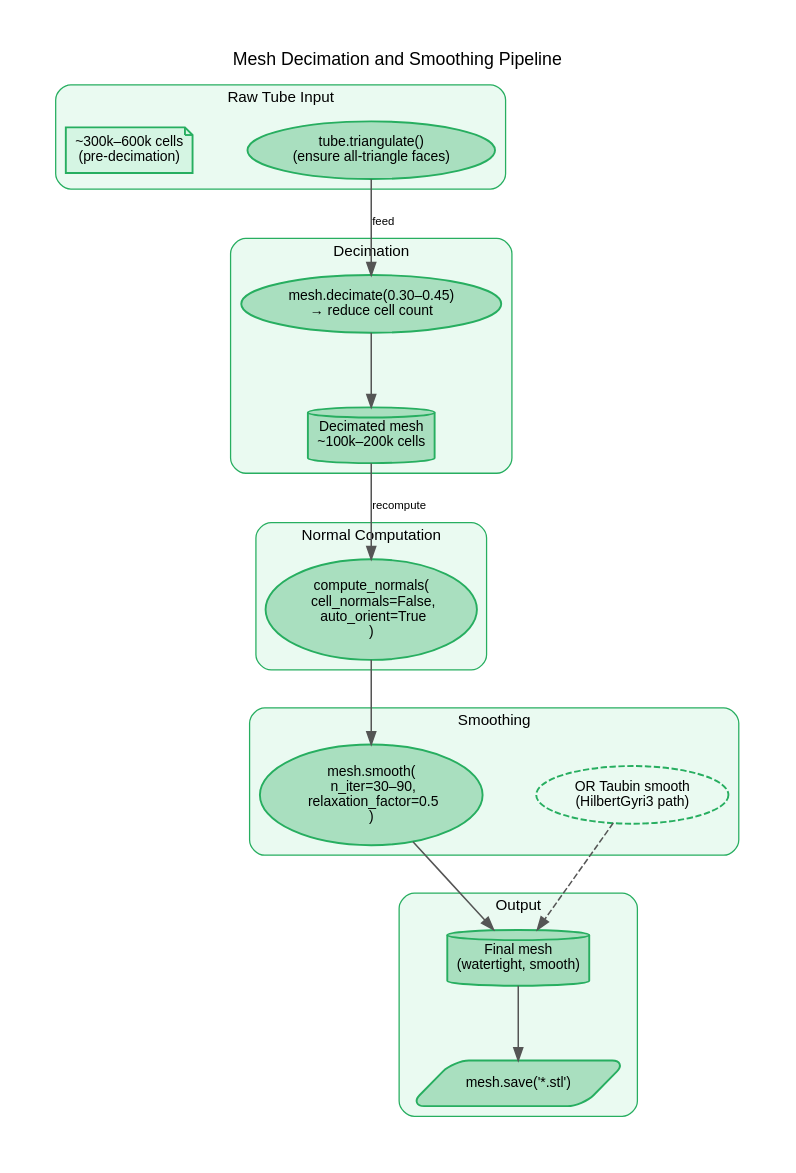
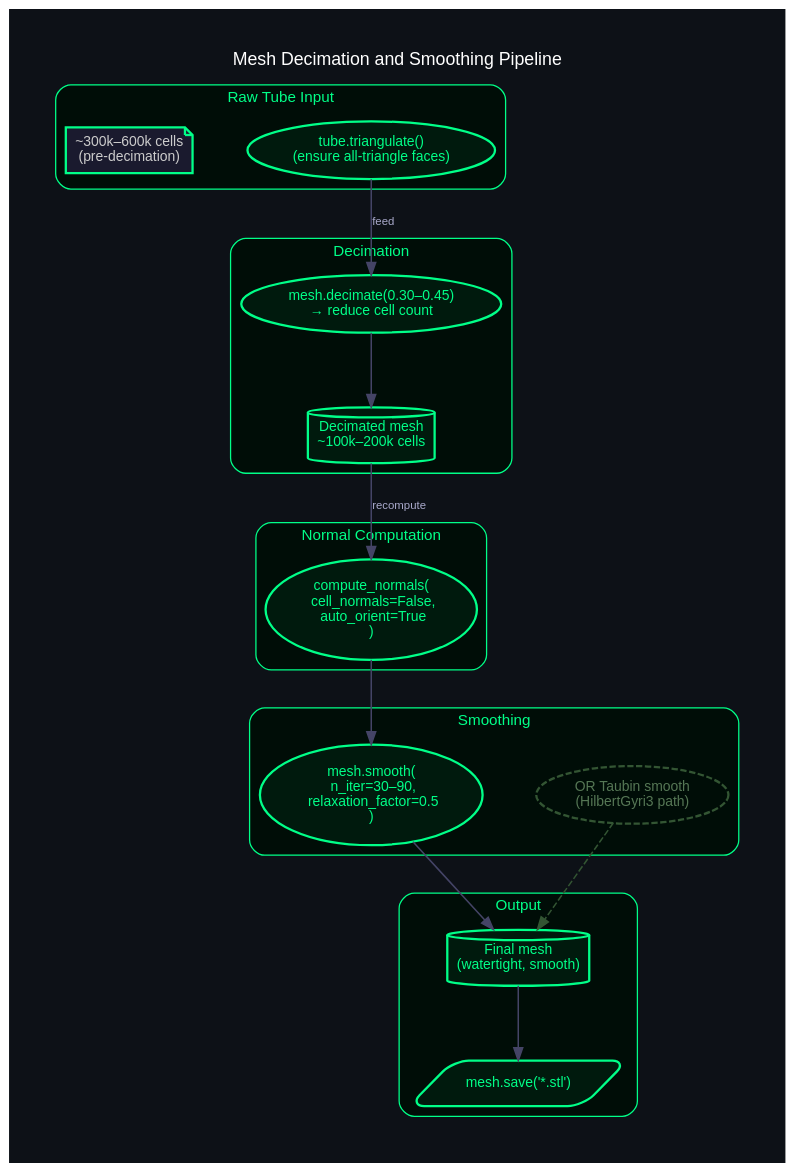
The diagram in docs/diagrams_25/08_decimation_process.dot (danindiana/hilbertbrane), drawn with Graphviz before and after one commit. The commit also changed 78 other files, not shown here.

```diff
--- a/docs/diagrams_25/08_decimation_process.dot
+++ b/docs/diagrams_25/08_decimation_process.dot
@@ -1,68 +1,69 @@
 digraph G {
     graph [
         fontname="Helvetica,Arial,sans-serif"
-        bgcolor="#ffffff"
+        bgcolor="#0d1117"
+        fontcolor="white"
         splines=spline
         nodesep=0.6
         ranksep=0.8
         pad=0.4
         labelloc="t"
         labeljust="c"
         fontsize=14
     ]
-    node [fontname="Helvetica,Arial,sans-serif" fontsize=11 style="filled,rounded" penwidth=1.5]
-    edge [fontname="Helvetica,Arial,sans-serif" fontsize=9 color="#555555" penwidth=1.2]
+    node [fontname="Helvetica,Arial,sans-serif" fontsize=11 style="filled,rounded" penwidth=1.8 fontcolor="white"]
+    edge [fontname="Helvetica,Arial,sans-serif" fontsize=9 color="#444466" penwidth=1.2 fontcolor="#aaaacc"]
     graph [label="Mesh Decimation and Smoothing Pipeline" rankdir="TB"]
 
     subgraph cluster_raw {
         label="Raw Tube Input"
-        style="filled,rounded" fillcolor="#EAFAF1" color="#27AE60" fontsize=12
-        fontname="Helvetica,Arial,sans-serif"
+        style="filled,rounded" fillcolor="#000d07" color="#00ff88" fontsize=12
+        fontname="Helvetica,Arial,sans-serif" fontcolor="#00ff88"
 
-        r1 [label="tube.triangulate()\n(ensure all-triangle faces)" fillcolor="#A9DFBF" color="#27AE60"]
-        r2 [label="~300k–600k cells\n(pre-decimation)" shape=note fillcolor="#D5F5E3" color="#27AE60"]
+        r1 [label="tube.triangulate()\n(ensure all-triangle faces)" fillcolor="#001a0d" color="#00ff88" fontcolor="#00ff88"]
+        r2 [label="~300k–600k cells\n(pre-decimation)" shape=note fillcolor="#1a1a2e" color="#00ff88" fontcolor="#cccccc"]
     }
 
     subgraph cluster_dec {
         label="Decimation"
-        style="filled,rounded" fillcolor="#EAFAF1" color="#27AE60" fontsize=12
-        fontname="Helvetica,Arial,sans-serif"
+        style="filled,rounded" fillcolor="#000d07" color="#00ff88" fontsize=12
+        fontname="Helvetica,Arial,sans-serif" fontcolor="#00ff88"
 
-        d1 [label="mesh.decimate(0.30–0.45)\n→ reduce cell count" fillcolor="#A9DFBF" color="#27AE60"]
-        d2 [label="Decimated mesh\n~100k–200k cells" shape=cylinder fillcolor="#A9DFBF" color="#27AE60"]
+        d1 [label="mesh.decimate(0.30–0.45)\n→ reduce cell count" fillcolor="#001a0d" color="#00ff88" fontcolor="#00ff88"]
+        d2 [label="Decimated mesh\n~100k–200k cells" shape=cylinder fillcolor="#001a0d" color="#00ff88" fontcolor="#00ff88"]
         d1 -> d2
     }
 
     subgraph cluster_nrm {
         label="Normal Computation"
-        style="filled,rounded" fillcolor="#EAFAF1" color="#27AE60" fontsize=12
-        fontname="Helvetica,Arial,sans-serif"
+        style="filled,rounded" fillcolor="#000d07" color="#00ff88" fontsize=12
+        fontname="Helvetica,Arial,sans-serif" fontcolor="#00ff88"
 
-        n1 [label="compute_normals(\n  cell_normals=False,\n  auto_orient=True\n)" fillcolor="#A9DFBF" color="#27AE60"]
+        n1 [label="compute_normals(\n  cell_normals=False,\n  auto_orient=True\n)" fillcolor="#001a0d" color="#00ff88" fontcolor="#00ff88"]
     }
 
     subgraph cluster_smooth {
         label="Smoothing"
-        style="filled,rounded" fillcolor="#EAFAF1" color="#27AE60" fontsize=12
-        fontname="Helvetica,Arial,sans-serif"
+        style="filled,rounded" fillcolor="#000d07" color="#00ff88" fontsize=12
+        fontname="Helvetica,Arial,sans-serif" fontcolor="#00ff88"
 
-        s1 [label="mesh.smooth(\n  n_iter=30–90,\n  relaxation_factor=0.5\n)" fillcolor="#A9DFBF" color="#27AE60"]
-        s2 [label="OR Taubin smooth\n(HilbertGyri3 path)" style=dashed fillcolor="#D5F5E3" color="#27AE60"]
+        s1 [label="mesh.smooth(\n  n_iter=30–90,\n  relaxation_factor=0.5\n)" fillcolor="#001a0d" color="#00ff88" fontcolor="#00ff88"]
+        s2 [label="OR Taubin smooth\n(HilbertGyri3 path)" style=dashed fillcolor="#0d1a10" color="#335533" fontcolor="#557755"]
     }
 
     subgraph cluster_out {
         label="Output"
-        style="filled,rounded" fillcolor="#EAFAF1" color="#27AE60" fontsize=12
-        fontname="Helvetica,Arial,sans-serif"
+        style="filled,rounded" fillcolor="#000d07" color="#00ff88" fontsize=12
+        fontname="Helvetica,Arial,sans-serif" fontcolor="#00ff88"
 
-        o1 [label="Final mesh\n(watertight, smooth)" shape=cylinder fillcolor="#A9DFBF" color="#27AE60"]
-        o2 [label="mesh.save('*.stl')" shape=parallelogram fillcolor="#A9DFBF" color="#27AE60"]
+        o1 [label="Final mesh\n(watertight, smooth)" shape=cylinder fillcolor="#001a0d" color="#00ff88" fontcolor="#00ff88"]
+        o2 [label="mesh.save('*.stl')" shape=parallelogram fillcolor="#001a0d" color="#00ff88" fontcolor="#00ff88"]
         o1 -> o2
     }
 
     r1 -> d1 [label="feed"]
     d2 -> n1 [label="recompute"]
     n1 -> s1
     s1 -> o1
-    s2 -> o1 [style=dashed]
+    s2 -> o1 [style=dashed color="#335533"]
 }
```
